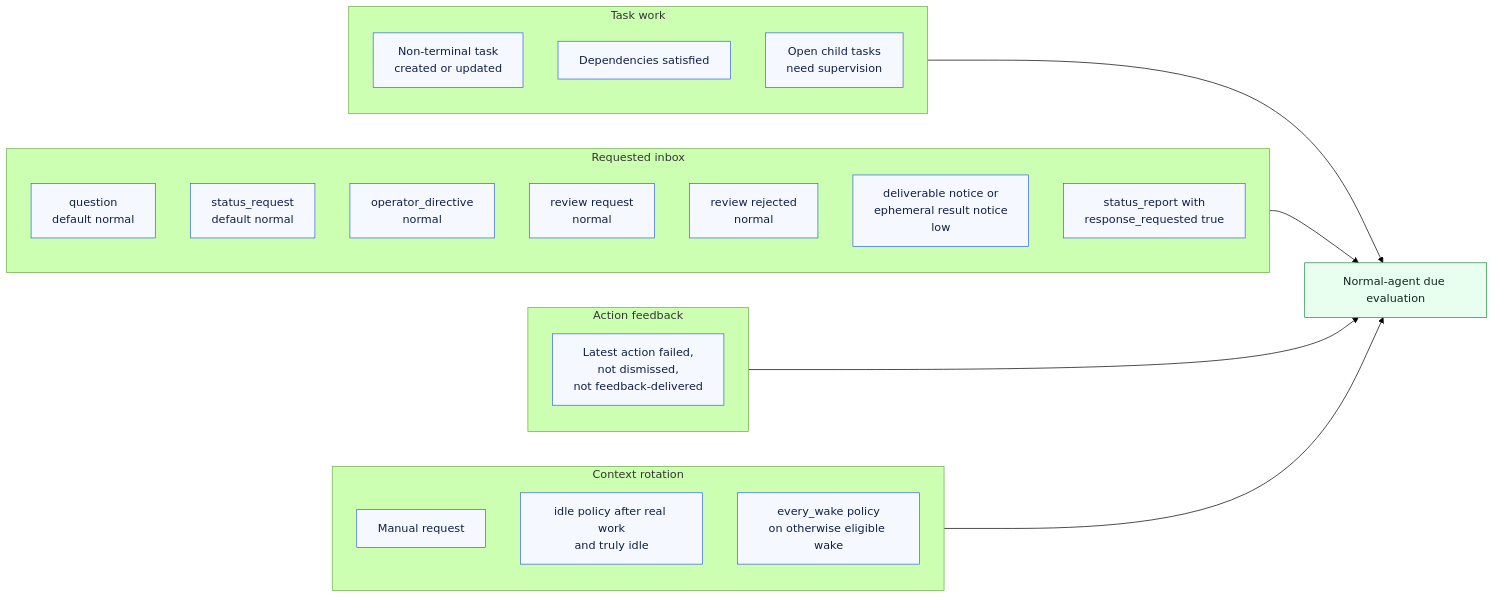
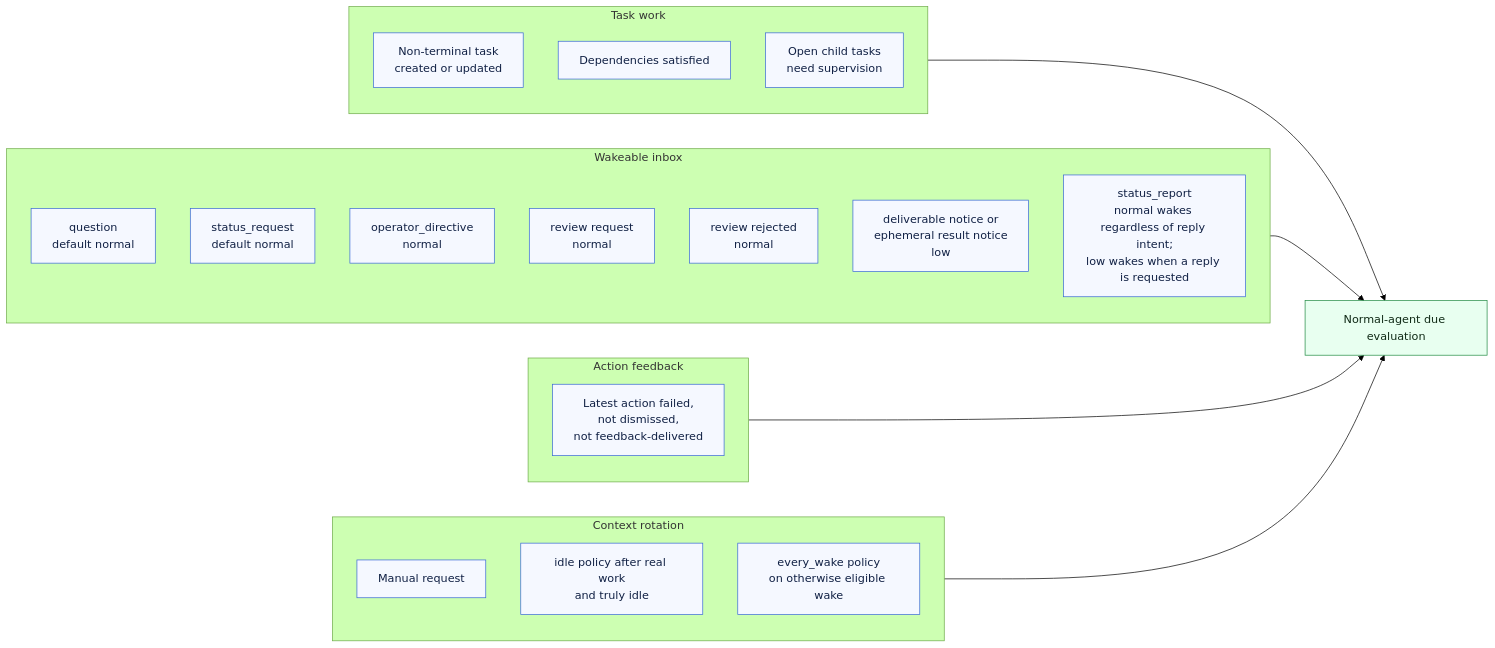
One commit to QuinthSoftwareSolutions/evander changed the third of 7 diagrams in docs/team-addon-wake-decision-tree.md. Above: the diagram before and after it, drawn with Mermaid (forest theme). The commit also changed other lines of this file and 159 other files, not shown here.

````diff
--- a/docs/team-addon-wake-decision-tree.md
+++ b/docs/team-addon-wake-decision-tree.md
@@ -119,38 +119,38 @@
 ```mermaid
 flowchart LR
     subgraph TaskWork["Task work"]
         new_task["Non-terminal task<br/>created or updated"]
         deps["Dependencies satisfied"]
         children["Open child tasks<br/>need supervision"]
     end
 
-    subgraph Inbox["Requested inbox"]
+    subgraph Inbox["Wakeable inbox"]
         question["question<br/>default normal"]
         status_request["status_request<br/>default normal"]
         operator_directive["operator_directive<br/>normal"]
         review_request["review request<br/>normal"]
         review_rejected["review rejected<br/>normal"]
         low_notice["deliverable notice or<br/>ephemeral result notice<br/>low"]
-        requested_report["status_report with<br/>response_requested true"]
+        status_report["status_report<br/>normal wakes regardless of reply intent;<br/>low wakes when a reply is requested"]
     end
 
     subgraph Feedback["Action feedback"]
         invalid_action["Latest action failed,<br/>not dismissed,<br/>not feedback-delivered"]
     end
 
     subgraph Rotation["Context rotation"]
         manual["Manual request"]
         idle["idle policy after real work<br/>and truly idle"]
         every_wake["every_wake policy<br/>on otherwise eligible wake"]
     end
 
     TaskWork --> normal_due["Normal-agent due evaluation"]
     Inbox --> normal_due
     Feedback --> normal_due
     Rotation --> normal_due
 
     classDef source fill:#f5f8ff,stroke:#3867d6,color:#102044;
     classDef sink fill:#e8fff0,stroke:#208a42,color:#102a16;
-    class new_task,deps,children,question,status_request,operator_directive,review_request,review_rejected,low_notice,requested_report,invalid_action,manual,idle,every_wake source;
+    class new_task,deps,children,question,status_request,operator_directive,review_request,review_rejected,low_notice,status_report,invalid_action,manual,idle,every_wake source;
     class normal_due sink;
 ```
````
